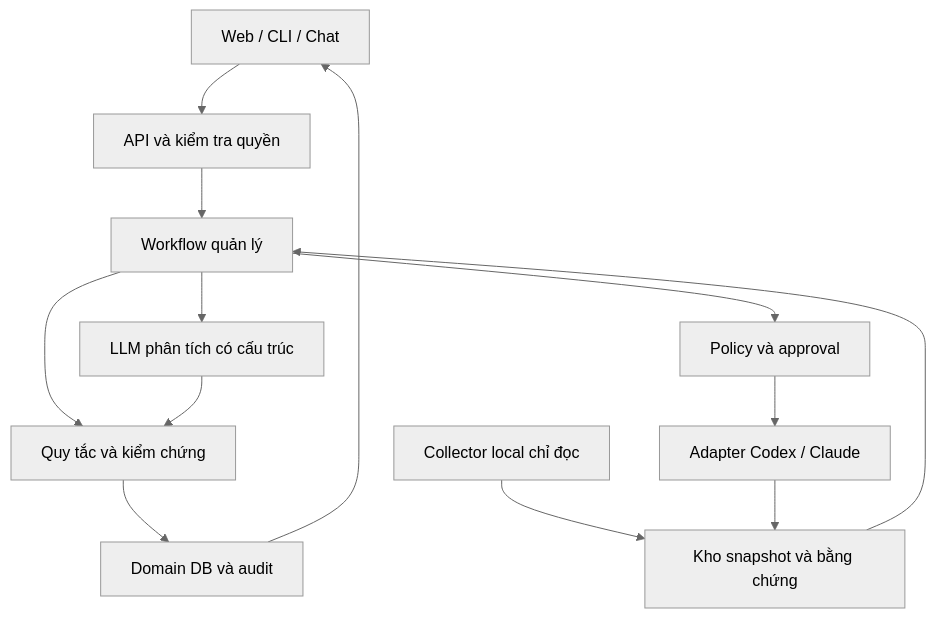
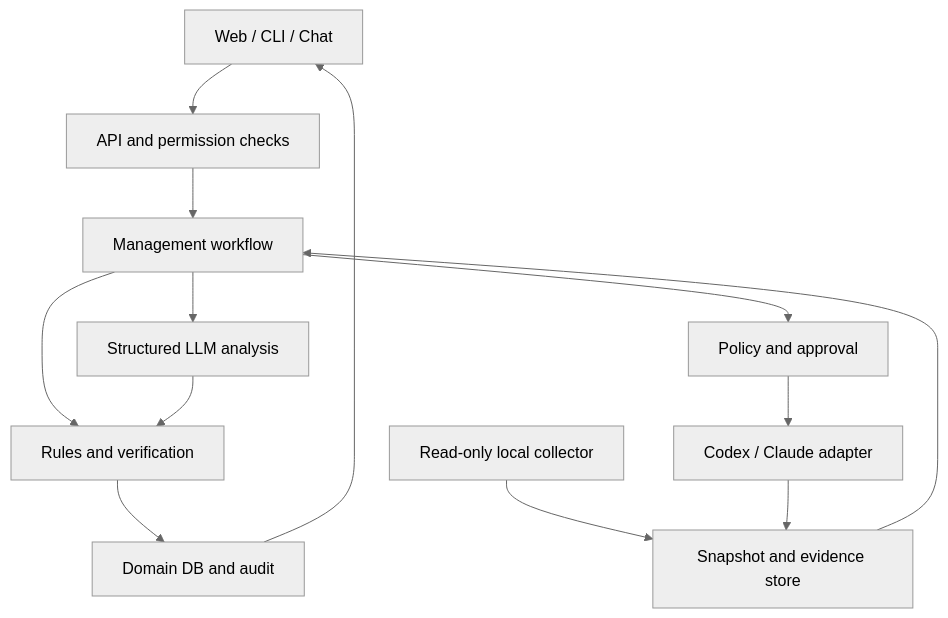
One commit to xhuyvn/EAM_HUB changed the diagram in ppm-v2/AI_PPM_Agent_Blueprint_v2.0.md. Above: the diagram before and after it, drawn with Mermaid (neutral theme). The commit also changed other lines of this file and 82 other files, not shown here.

````diff
--- a/ppm-v2/AI_PPM_Agent_Blueprint_v2.0.md
+++ b/ppm-v2/AI_PPM_Agent_Blueprint_v2.0.md
@@ -105,15 +105,15 @@
 ```mermaid
 flowchart TD
-  U["Web / CLI / Chat"] --> API["API và kiểm tra quyền"]
-  API --> W["Workflow quản lý"]
-  W --> R["LLM phân tích có cấu trúc"]
-  W --> V["Quy tắc và kiểm chứng"]
-  C["Collector local chỉ đọc"] --> E["Kho snapshot và bằng chứng"]
+  U["Web / CLI / Chat"] --> API["API and permission checks"]
+  API --> W["Management workflow"]
+  W --> R["Structured LLM analysis"]
+  W --> V["Rules and verification"]
+  C["Read-only local collector"] --> E["Snapshot and evidence store"]
   E --> W
   R --> V
-  V --> D["Domain DB và audit"]
+  V --> D["Domain DB and audit"]
   D --> U
-  W --> P["Policy và approval"]
-  P --> X["Adapter Codex / Claude"]
+  W --> P["Policy and approval"]
+  P --> X["Codex / Claude adapter"]
   X --> E
 ```
````
